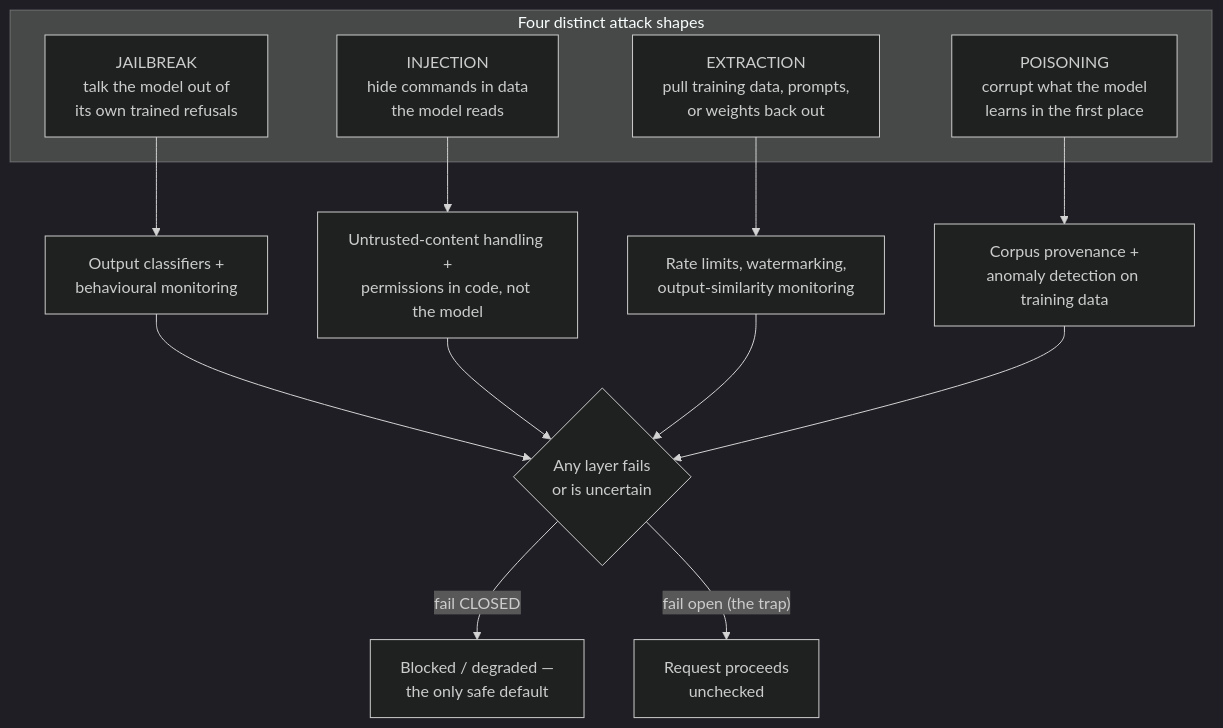
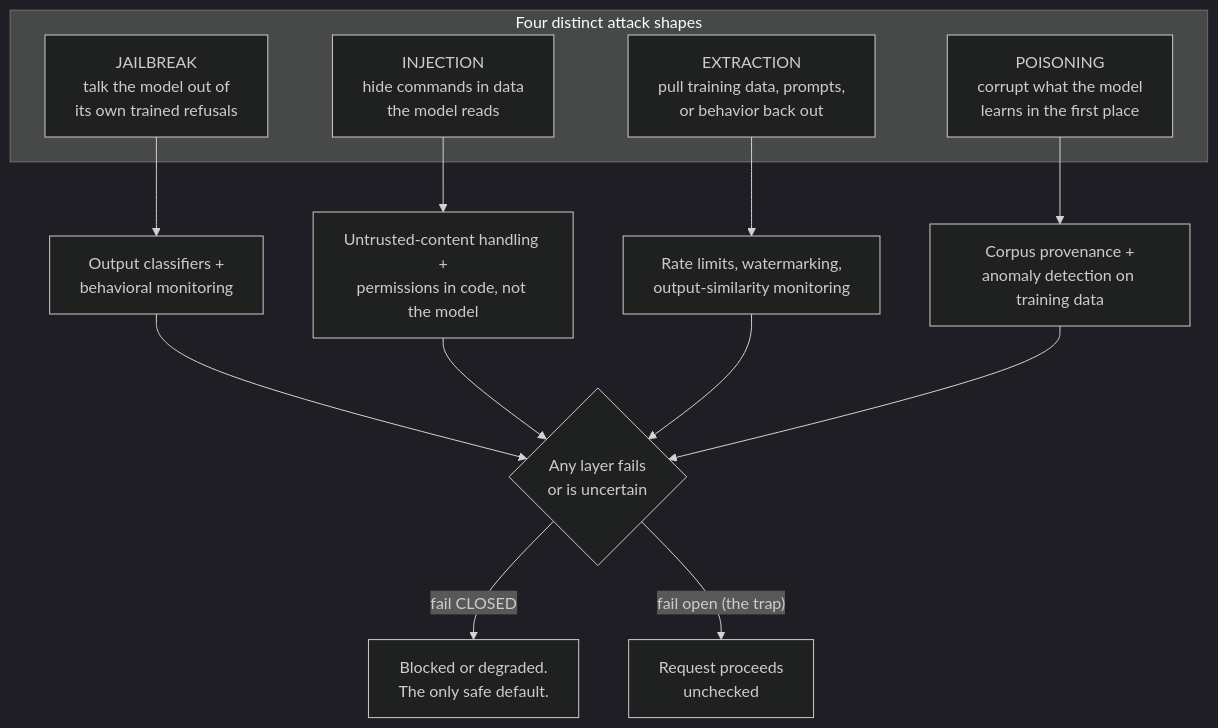
One commit to aakashagg123/gatsby changed the diagram in ai-security-and-guardrails/the-threat-model-and-guardrails.md. Above: the diagram before and after it, drawn with Mermaid (dark theme). The commit also changed other lines of this file and 17 other files, not shown here.

````diff
--- a/ai-security-and-guardrails/the-threat-model-and-guardrails.md
+++ b/ai-security-and-guardrails/the-threat-model-and-guardrails.md
@@ -37,16 +39,16 @@
 ```mermaid
 flowchart TB
   subgraph ATTACKS["Four distinct attack shapes"]
     JB["JAILBREAK<br/>talk the model out of<br/>its own trained refusals"]
     PI["INJECTION<br/>hide commands in data<br/>the model reads"]
-    EX["EXTRACTION<br/>pull training data, prompts,<br/>or weights back out"]
+    EX["EXTRACTION<br/>pull training data, prompts,<br/>or behavior back out"]
     PO["POISONING<br/>corrupt what the model<br/>learns in the first place"]
   end
-  JB --> G1["Output classifiers +<br/>behavioural monitoring"]
+  JB --> G1["Output classifiers +<br/>behavioral monitoring"]
   PI --> G2["Untrusted-content handling +<br/>permissions in code, not the model"]
   EX --> G3["Rate limits, watermarking,<br/>output-similarity monitoring"]
   PO --> G4["Corpus provenance +<br/>anomaly detection on training data"]
   G1 & G2 & G3 & G4 --> FC{"Any layer fails<br/>or is uncertain"}
-  FC -->|"fail CLOSED"| BLOCK["Blocked / degraded —<br/>the only safe default"]
+  FC -->|"fail CLOSED"| BLOCK["Blocked or degraded.<br/>The only safe default."]
   FC -->|"fail open (the trap)"| THROUGH["Request proceeds<br/>unchecked"]
 ```
````
